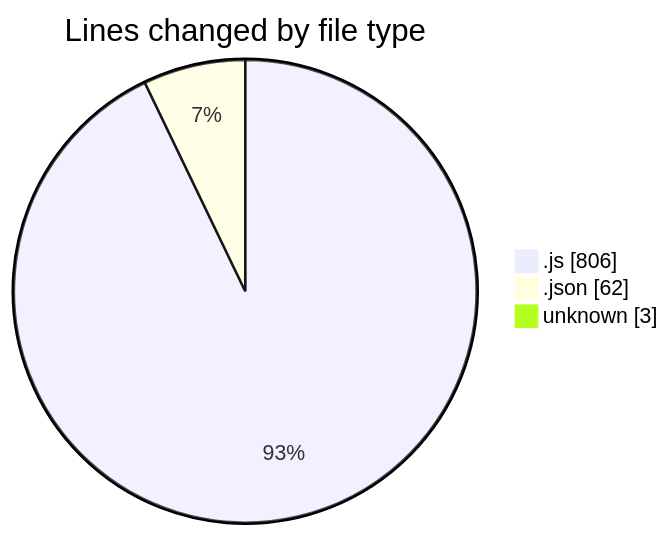
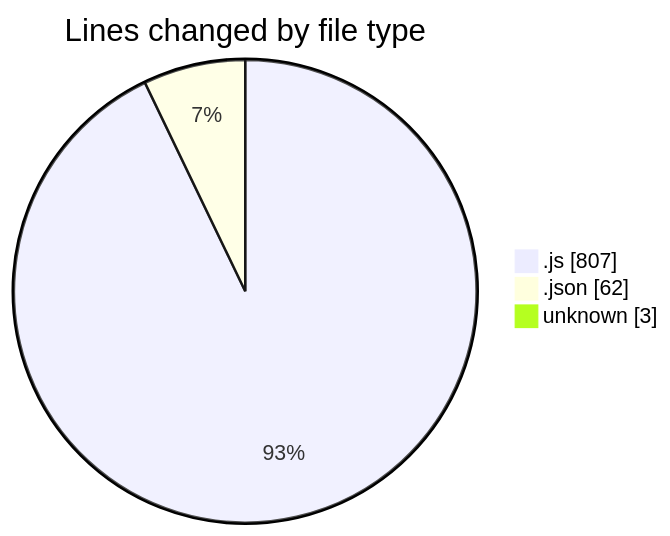
One commit to Ritupan-Deka/code-tracking changed the first of 2 diagrams in 2025-07-02/mern-thinkboard/README.md. Above: the diagram before and after it, drawn with Mermaid. The commit also changed other lines of this file and 1 other file, not shown here.

````diff
--- a/2025-07-02/mern-thinkboard/README.md
+++ b/2025-07-02/mern-thinkboard/README.md
@@ -31,7 +31,7 @@
 ```mermaid
 pie showData
 title Lines changed by file type
-".js" : 806
+".js" : 807
 ".json" : 62
 "unknown" : 3
 ```
````
